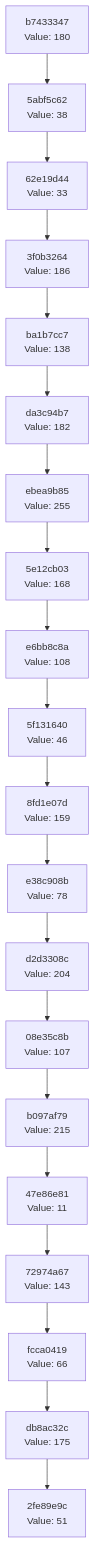
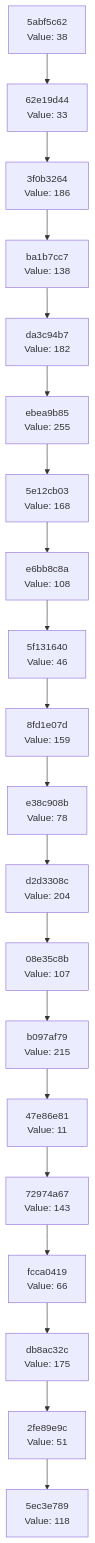
Before and after one commit to Abhisheksinha1506/hash-chain-evolver: the diagram in docs/CHAIN_VISUALIZATION.md, drawn with Mermaid. The commit also changed 3 other files, not shown here.

````diff
--- a/docs/CHAIN_VISUALIZATION.md
+++ b/docs/CHAIN_VISUALIZATION.md
@@ -3,42 +3,42 @@
 ```mermaid
 graph TD
-    C0["2fe89e9c<br/>Value: 51"]
-    C1["db8ac32c<br/>Value: 175"]
+    C0["5ec3e789<br/>Value: 118"]
+    C1["2fe89e9c<br/>Value: 51"]
     C1 --> C0
-    C2["fcca0419<br/>Value: 66"]
+    C2["db8ac32c<br/>Value: 175"]
     C2 --> C1
-    C3["72974a67<br/>Value: 143"]
+    C3["fcca0419<br/>Value: 66"]
     C3 --> C2
-    C4["47e86e81<br/>Value: 11"]
+    C4["72974a67<br/>Value: 143"]
     C4 --> C3
-    C5["b097af79<br/>Value: 215"]
+    C5["47e86e81<br/>Value: 11"]
     C5 --> C4
-    C6["08e35c8b<br/>Value: 107"]
+    C6["b097af79<br/>Value: 215"]
     C6 --> C5
-    C7["d2d3308c<br/>Value: 204"]
+    C7["08e35c8b<br/>Value: 107"]
     C7 --> C6
-    C8["e38c908b<br/>Value: 78"]
+    C8["d2d3308c<br/>Value: 204"]
     C8 --> C7
-    C9["8fd1e07d<br/>Value: 159"]
+    C9["e38c908b<br/>Value: 78"]
     C9 --> C8
-    C10["5f131640<br/>Value: 46"]
+    C10["8fd1e07d<br/>Value: 159"]
     C10 --> C9
-    C11["e6bb8c8a<br/>Value: 108"]
+    C11["5f131640<br/>Value: 46"]
     C11 --> C10
-    C12["5e12cb03<br/>Value: 168"]
+    C12["e6bb8c8a<br/>Value: 108"]
     C12 --> C11
-    C13["ebea9b85<br/>Value: 255"]
+    C13["5e12cb03<br/>Value: 168"]
     C13 --> C12
-    C14["da3c94b7<br/>Value: 182"]
+    C14["ebea9b85<br/>Value: 255"]
     C14 --> C13
-    C15["ba1b7cc7<br/>Value: 138"]
+    C15["da3c94b7<br/>Value: 182"]
     C15 --> C14
-    C16["3f0b3264<br/>Value: 186"]
+    C16["ba1b7cc7<br/>Value: 138"]
     C16 --> C15
-    C17["62e19d44<br/>Value: 33"]
+    C17["3f0b3264<br/>Value: 186"]
     C17 --> C16
-    C18["5abf5c62<br/>Value: 38"]
+    C18["62e19d44<br/>Value: 33"]
     C18 --> C17
-    C19["b7433347<br/>Value: 180"]
+    C19["5abf5c62<br/>Value: 38"]
     C19 --> C18
 ```
````
